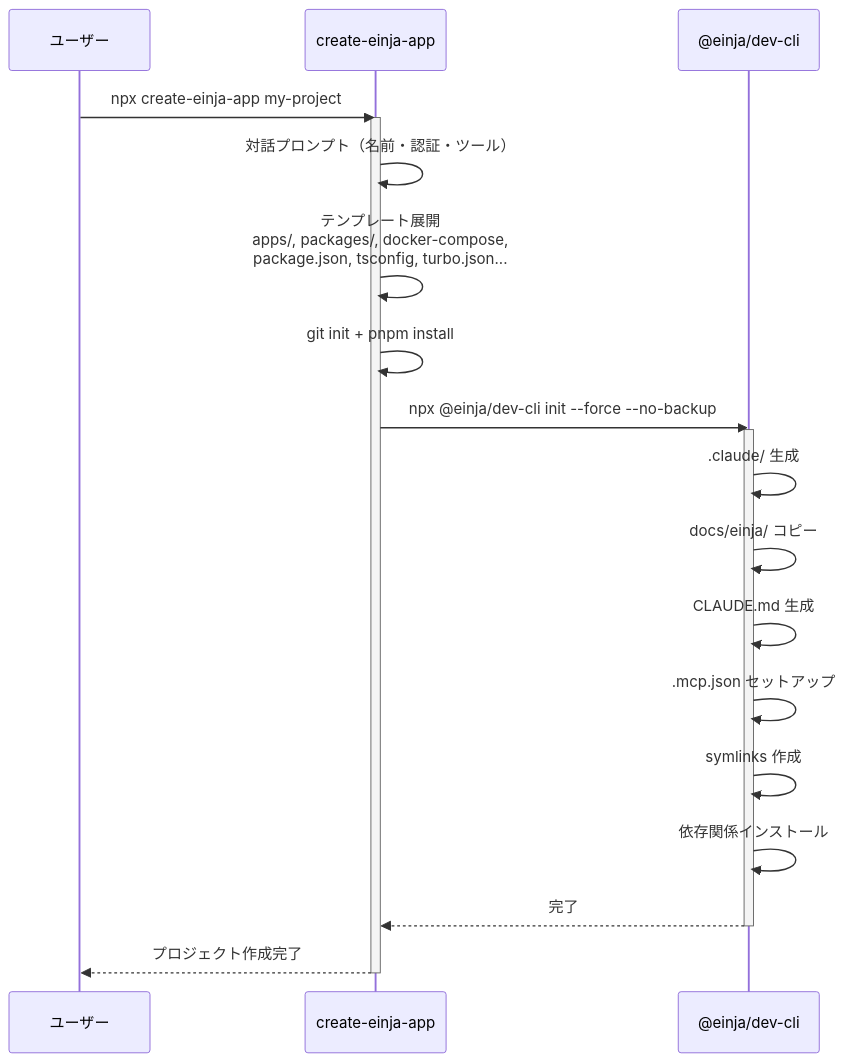
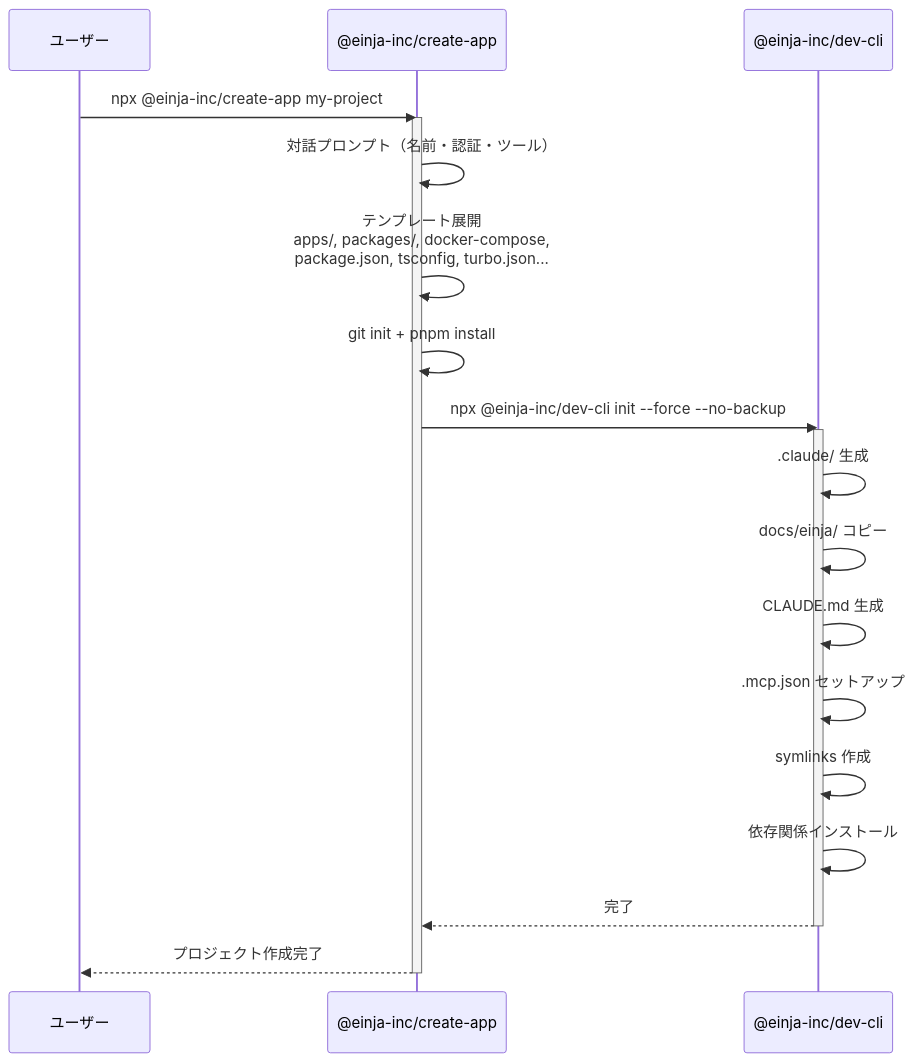
One commit to einja-inc/einja-management-template changed the first of 3 diagrams in packages/cli/README.md. Above: the diagram before and after it, drawn with Mermaid. The commit also changed other lines of this file and 163 other files, not shown here.

First line of the commit message:
feat: create-einja-app→create-app リネーム・Skill体系再構築

````diff
--- a/packages/cli/README.md
+++ b/packages/cli/README.md
@@ -37,24 +37,24 @@
 ```mermaid
 sequenceDiagram
     participant U as ユーザー
-    participant C as create-einja-app
-    participant D as @einja/dev-cli
+    participant C as @einja-inc/create-app
+    participant D as @einja-inc/dev-cli
 
-    U->>C: npx create-einja-app my-project
+    U->>C: npx @einja-inc/create-app my-project
     activate C
     C->>C: 対話プロンプト（名前・認証・ツール）
     C->>C: テンプレート展開<br/>apps/, packages/, docker-compose,<br/>package.json, tsconfig, turbo.json...
     C->>C: git init + pnpm install
-    C->>D: npx @einja/dev-cli init --force --no-backup
+    C->>D: npx @einja-inc/dev-cli init --force --no-backup
     activate D
     D->>D: .claude/ 生成
     D->>D: docs/einja/ コピー
     D->>D: CLAUDE.md 生成
     D->>D: .mcp.json セットアップ
     D->>D: symlinks 作成
     D->>D: 依存関係インストール
     D-->>C: 完了
     deactivate D
     C-->>U: プロジェクト作成完了
     deactivate C
 ```
````
